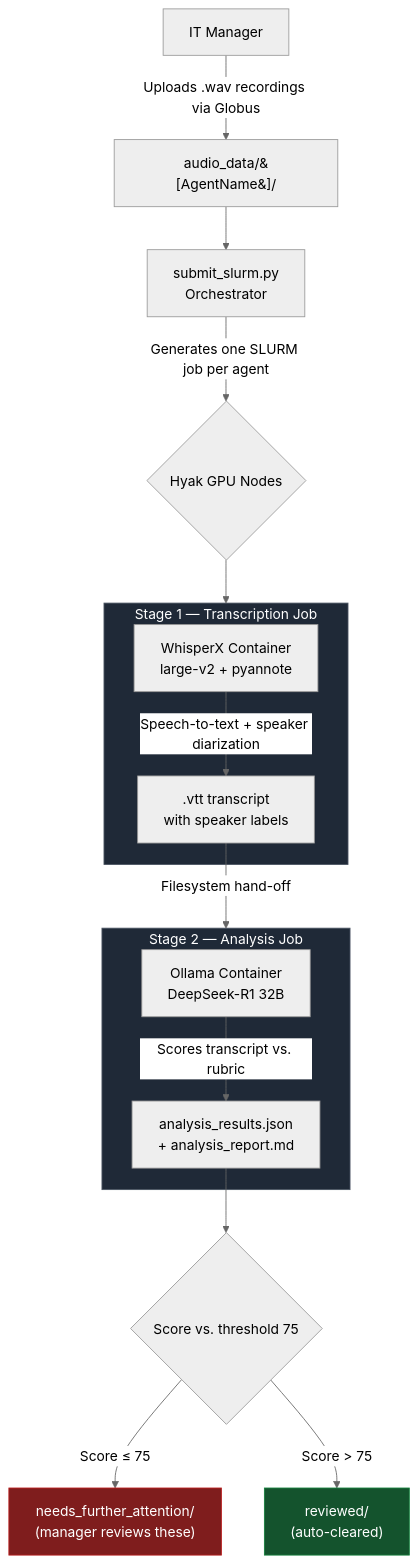
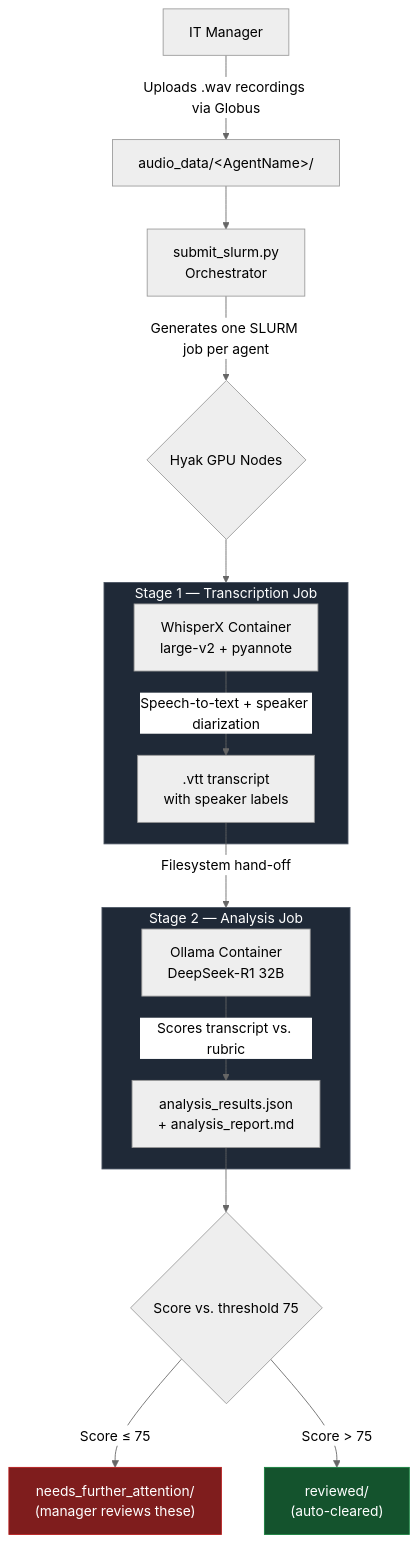
The diagram in projects/diagrams/call-pipeline.mmd (hiiamhuy/huy-portfolio), drawn with Mermaid (neutral theme) before and after one commit. The commit also changed 1 other file, not shown here.

Commit message:
fix: clean up AgentName node label in pipeline diagram

```diff
--- a/projects/diagrams/call-pipeline.mmd
+++ b/projects/diagrams/call-pipeline.mmd
@@ -1,23 +1,23 @@
 graph TD
-    A[IT Manager] -->|Uploads .wav recordings via Globus| B["audio_data/&#91;AgentName&#93;/"]
+    A[IT Manager] -->|Uploads .wav recordings via Globus| B["audio_data/&lt;AgentName&gt;/"]
     B --> C[submit_slurm.py<br/>Orchestrator]
     C -->|Generates one SLURM job per agent| D{Hyak GPU Nodes}
 
     subgraph Stage1["Stage 1 — Transcription Job"]
         E[WhisperX Container<br/>large-v2 + pyannote] -->|Speech-to-text + speaker diarization| F[".vtt transcript<br/>with speaker labels"]
     end
 
     subgraph Stage2["Stage 2 — Analysis Job"]
         G[Ollama Container<br/>DeepSeek-R1 32B] -->|Scores transcript vs. rubric| H["analysis_results.json<br/>+ analysis_report.md"]
     end
 
     D --> Stage1
     F -->|Filesystem hand-off| Stage2
     H --> I{Score vs. threshold 75}
     I -->|Score ≤ 75| J["needs_further_attention/<br/>(manager reviews these)"]
     I -->|Score &gt; 75| K["reviewed/<br/>(auto-cleared)"]
 
     style Stage1 fill:#1f2937,stroke:#4b5563,color:#fff
     style Stage2 fill:#1f2937,stroke:#4b5563,color:#fff
     style J fill:#7f1d1d,stroke:#b91c1c,color:#fff
     style K fill:#14532d,stroke:#15803d,color:#fff
```
